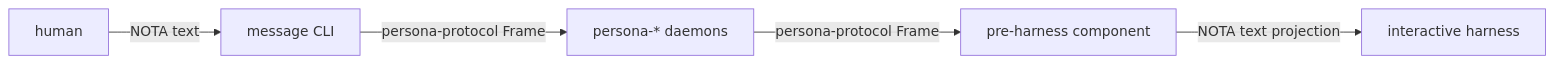
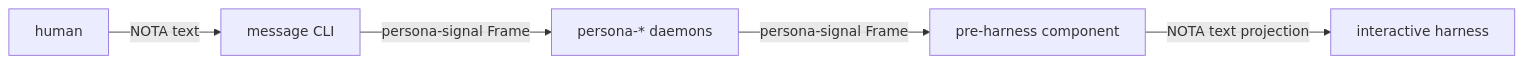
The second of 3 diagrams in reports/designer/18-persona-contract-repo-design.md (LiGoldragon/primary), drawn with Mermaid before and after one commit. The commit also changed other lines of this file and 1 other file, not shown here.

First line of the commit message:
designer: rename persona-protocol to persona-signal; loosen contract-repo naming rule

````diff
--- a/reports/designer/18-persona-contract-repo-design.md
+++ b/reports/designer/18-persona-contract-repo-design.md
@@ -142,13 +142,13 @@
 ```mermaid
 flowchart LR
     human["human"]
     cli["message CLI"]
     daemon["persona-* daemons"]
     pre_harness["pre-harness component"]
     harness["interactive harness"]
 
     human -->|NOTA text| cli
-    cli -->|persona-protocol Frame| daemon
-    daemon -->|persona-protocol Frame| pre_harness
+    cli -->|persona-signal Frame| daemon
+    daemon -->|persona-signal Frame| pre_harness
     pre_harness -->|NOTA text projection| harness
 ```
````
